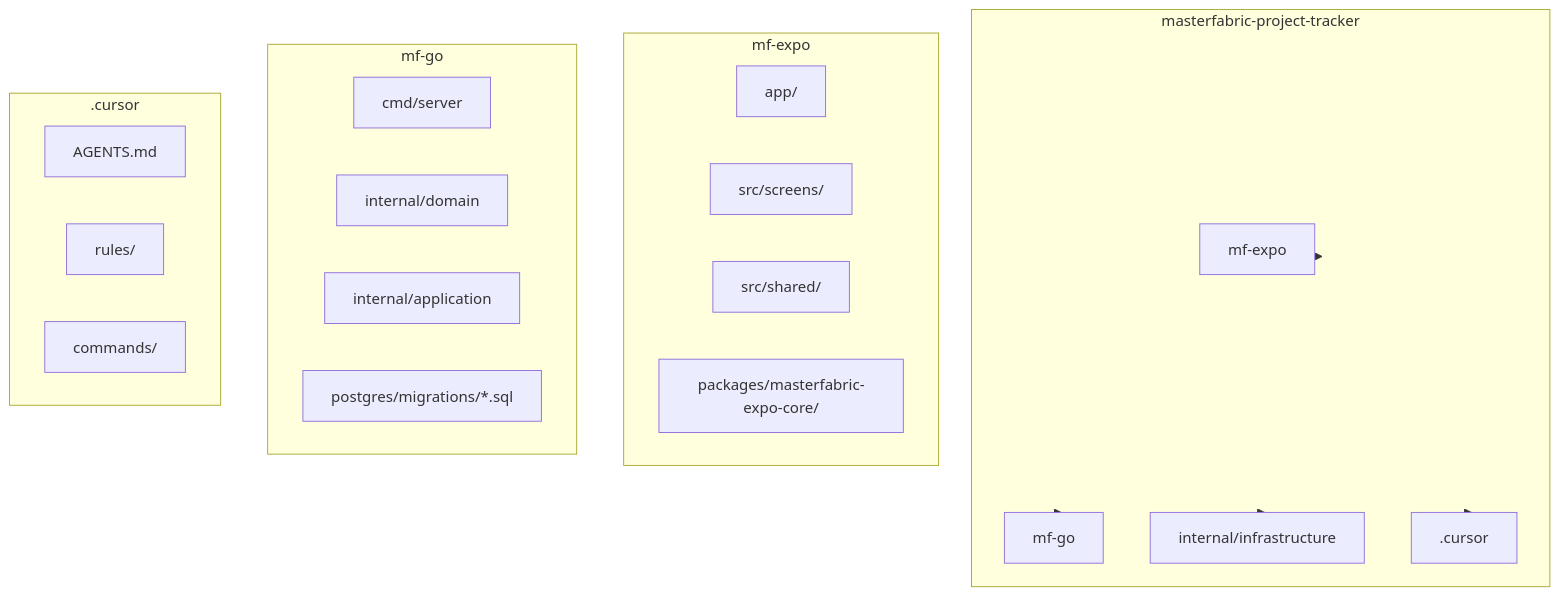
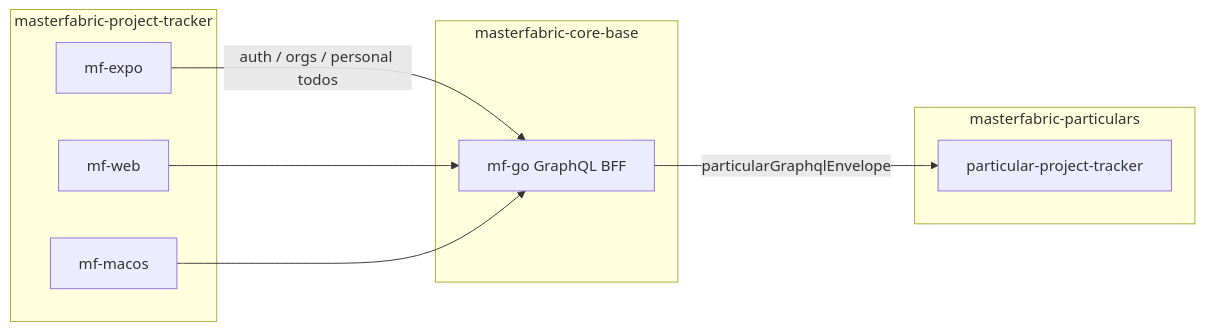
The diagram in README.md (masterfabric/masterfabric-project-tracker), drawn with Mermaid before and after one commit. The commit also changed other lines of this file and 459 other files, not shown here.

First line of the commit message:
Retarget clients to core-base mf-go and particular-project-tracker.

````diff
--- a/README.md
+++ b/README.md
@@ -234,35 +13,21 @@
 ```mermaid
-flowchart TD
-    subgraph Repo["masterfabric-project-tracker"]
+flowchart LR
+    subgraph Clients["masterfabric-project-tracker"]
         Expo[mf-expo]
-        Go[mf-go]
-        Infra[infra/]
-        Cursor[.cursor]
+        Web[mf-web]
+        Mac[mf-macos]
     end
 
-    subgraph ExpoDetail["mf-expo"]
-        AppDir[app/]
-        ScreensDir[src/screens/]
-        SharedDir[src/shared/]
-        CoreDir[packages/masterfabric-expo-core/]
+    subgraph Core["masterfabric-core-base"]
+        MfGo[mf-go GraphQL BFF]
     end
 
-    subgraph GoDetail["mf-go"]
-        Cmd[cmd/server]
-        Domain[internal/domain]
-        App[internal/application]
-        Infra[internal/infrastructure]
-        Migrations["postgres/migrations/*.sql"]
+    subgraph Particulars["masterfabric-particulars"]
+        PT[particular-project-tracker]
     end
 
-    subgraph CursorDetail[".cursor"]
-        Agents[AGENTS.md]
-        Rules[rules/]
-        Commands[commands/]
-    end
-
-    Repo --> Expo
-    Repo --> Go
-    Repo --> Infra
-    Repo --> Cursor
+    Expo -->|auth / orgs / personal todos| MfGo
+    Web --> MfGo
+    Mac --> MfGo
+    MfGo -->|particularGraphqlEnvelope| PT
 ```
````
